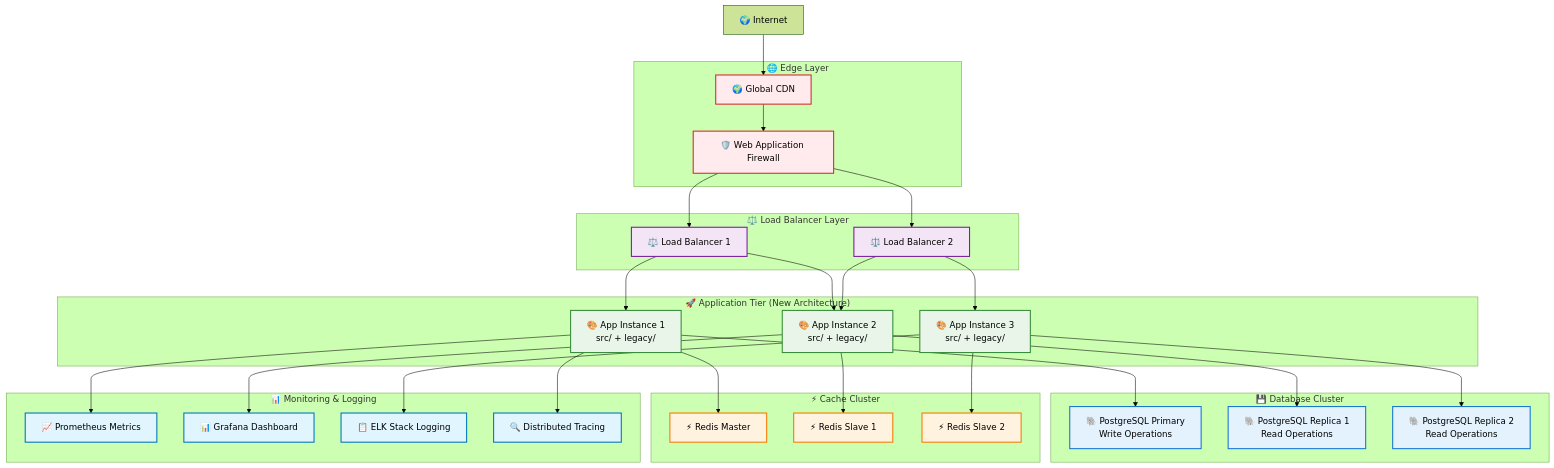
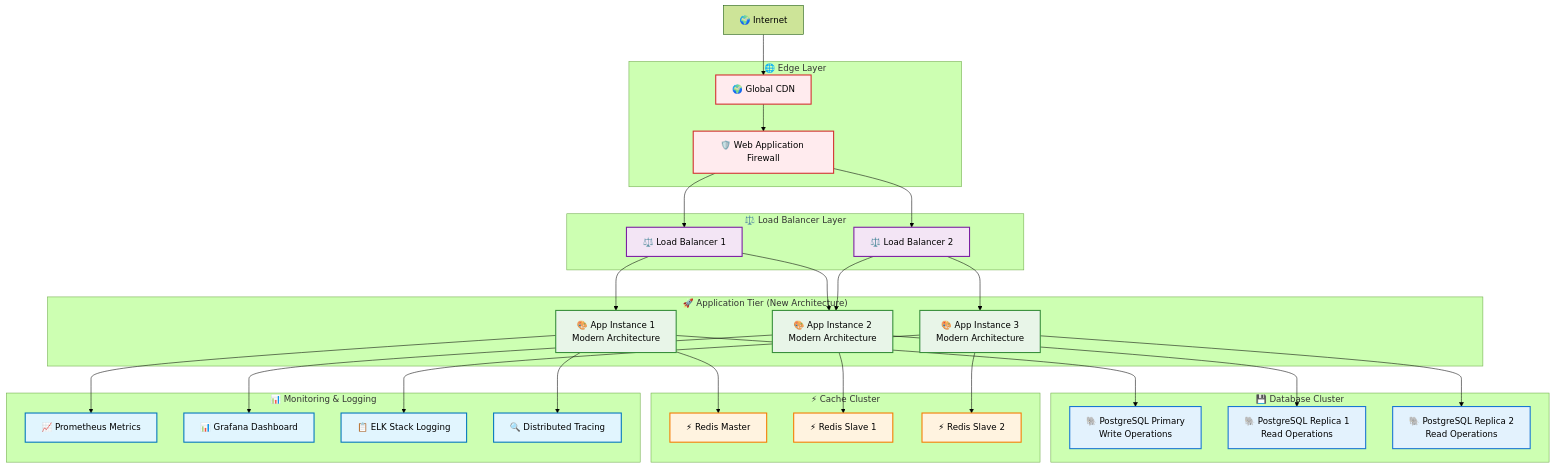
The tenth of 16 diagrams in docs/ARCHITECTURE.md (MakerCorn/ai-prompt-manager), drawn with Mermaid (forest theme) before and after one commit. The commit also changed other lines of this file and 4 other files, not shown here.

````diff
--- a/docs/ARCHITECTURE.md
+++ b/docs/ARCHITECTURE.md
@@ -614,74 +614,74 @@
 ```mermaid
 graph TB
     subgraph "🌐 Edge Layer"
         CDN[🌍 Global CDN]
         WAF[🛡️ Web Application Firewall]
     end
 
     subgraph "⚖️ Load Balancer Layer"
         LB1[⚖️ Load Balancer 1]
         LB2[⚖️ Load Balancer 2]
     end
 
     subgraph "🚀 Application Tier (New Architecture)"
-        APP1[🎨 App Instance 1<br/>src/ + legacy/]
-        APP2[🎨 App Instance 2<br/>src/ + legacy/]
-        APP3[🎨 App Instance 3<br/>src/ + legacy/]
+        APP1[🎨 App Instance 1<br/>Modern Architecture]
+        APP2[🎨 App Instance 2<br/>Modern Architecture]
+        APP3[🎨 App Instance 3<br/>Modern Architecture]
     end
 
     subgraph "💾 Database Cluster"
         DB_PRIMARY[🐘 PostgreSQL Primary<br/>Write Operations]
         DB_REPLICA1[🐘 PostgreSQL Replica 1<br/>Read Operations]
         DB_REPLICA2[🐘 PostgreSQL Replica 2<br/>Read Operations]
     end
 
     subgraph "⚡ Cache Cluster"
         REDIS_MASTER[⚡ Redis Master]
         REDIS_SLAVE1[⚡ Redis Slave 1]
         REDIS_SLAVE2[⚡ Redis Slave 2]
     end
 
     subgraph "📊 Monitoring & Logging"
         PROMETHEUS[📈 Prometheus Metrics]
         GRAFANA[📊 Grafana Dashboard]
         ELK[📋 ELK Stack Logging]
         JAEGER[🔍 Distributed Tracing]
     end
 
     INTERNET[🌍 Internet] --> CDN
     CDN --> WAF
     WAF --> LB1
     WAF --> LB2
     
     LB1 --> APP1
     LB1 --> APP2
     LB2 --> APP2
     LB2 --> APP3
     
     APP1 --> DB_PRIMARY
     APP2 --> DB_REPLICA1
     APP3 --> DB_REPLICA2
     
     APP1 --> REDIS_MASTER
     APP2 --> REDIS_SLAVE1
     APP3 --> REDIS_SLAVE2
 
     APP1 --> PROMETHEUS
     APP2 --> GRAFANA
     APP3 --> ELK
     APP1 --> JAEGER
 
     classDef edge fill:#ffebee,stroke:#d32f2f,stroke-width:2px
     classDef lb fill:#f3e5f5,stroke:#7b1fa2,stroke-width:2px
     classDef app fill:#e8f5e8,stroke:#388e3c,stroke-width:2px
     classDef database fill:#e3f2fd,stroke:#1976d2,stroke-width:2px
     classDef cache fill:#fff3e0,stroke:#f57c00,stroke-width:2px
     classDef monitoring fill:#e1f5fe,stroke:#0277bd,stroke-width:2px
 
     class CDN,WAF edge
     class LB1,LB2 lb
     class APP1,APP2,APP3 app
     class DB_PRIMARY,DB_REPLICA1,DB_REPLICA2 database
     class REDIS_MASTER,REDIS_SLAVE1,REDIS_SLAVE2 cache
     class PROMETHEUS,GRAFANA,ELK,JAEGER monitoring
 ```
````
